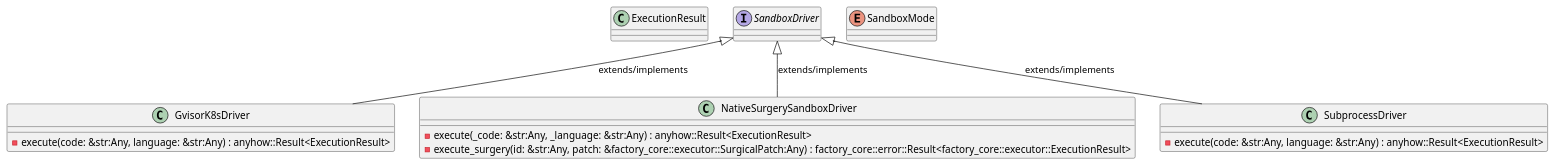
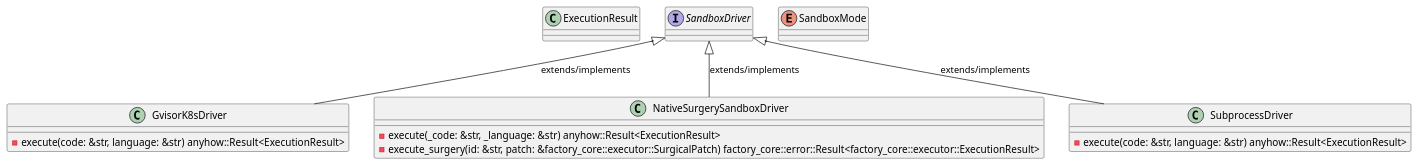
Before and after one commit to lgcorzo/rust_CACD_autonomous_factory: the first of 6 diagrams in openwiki/crates_factory_mcp_server_src_sandbox.md, drawn with PlantUML. The commit also changed other lines of this file and 97 other files, not shown here.

First line of the commit message:
Fix Rust AST parsing for method and function parameters, and update OKF UML frontmatter

````diff
--- a/openwiki/crates_factory_mcp_server_src_sandbox.md
+++ b/openwiki/crates_factory_mcp_server_src_sandbox.md
@@ -177,24 +182,24 @@
 ```plantuml
 @startuml
 class ExecutionResult {
 }
 class GvisorK8sDriver {
-    -execute(code: &str:Any, language: &str:Any) : anyhow::Result<ExecutionResult>
+    -execute(code: &str, language: &str) anyhow::Result<ExecutionResult>
 }
 SandboxDriver <|-- GvisorK8sDriver : extends/implements
 class NativeSurgerySandboxDriver {
-    -execute(_code: &str:Any, _language: &str:Any) : anyhow::Result<ExecutionResult>
-    -execute_surgery(id: &str:Any, patch: &factory_core::executor::SurgicalPatch:Any) : factory_core::error::Result<factory_core::executor::ExecutionResult>
+    -execute(_code: &str, _language: &str) anyhow::Result<ExecutionResult>
+    -execute_surgery(id: &str, patch: &factory_core::executor::SurgicalPatch) factory_core::error::Result<factory_core::executor::ExecutionResult>
 }
 SandboxDriver <|-- NativeSurgerySandboxDriver : extends/implements
 interface SandboxDriver {
 }
 enum SandboxMode {
 }
 class SubprocessDriver {
-    -execute(code: &str:Any, language: &str:Any) : anyhow::Result<ExecutionResult>
+    -execute(code: &str, language: &str) anyhow::Result<ExecutionResult>
 }
 SandboxDriver <|-- SubprocessDriver : extends/implements
 @enduml
 
 ```
````
